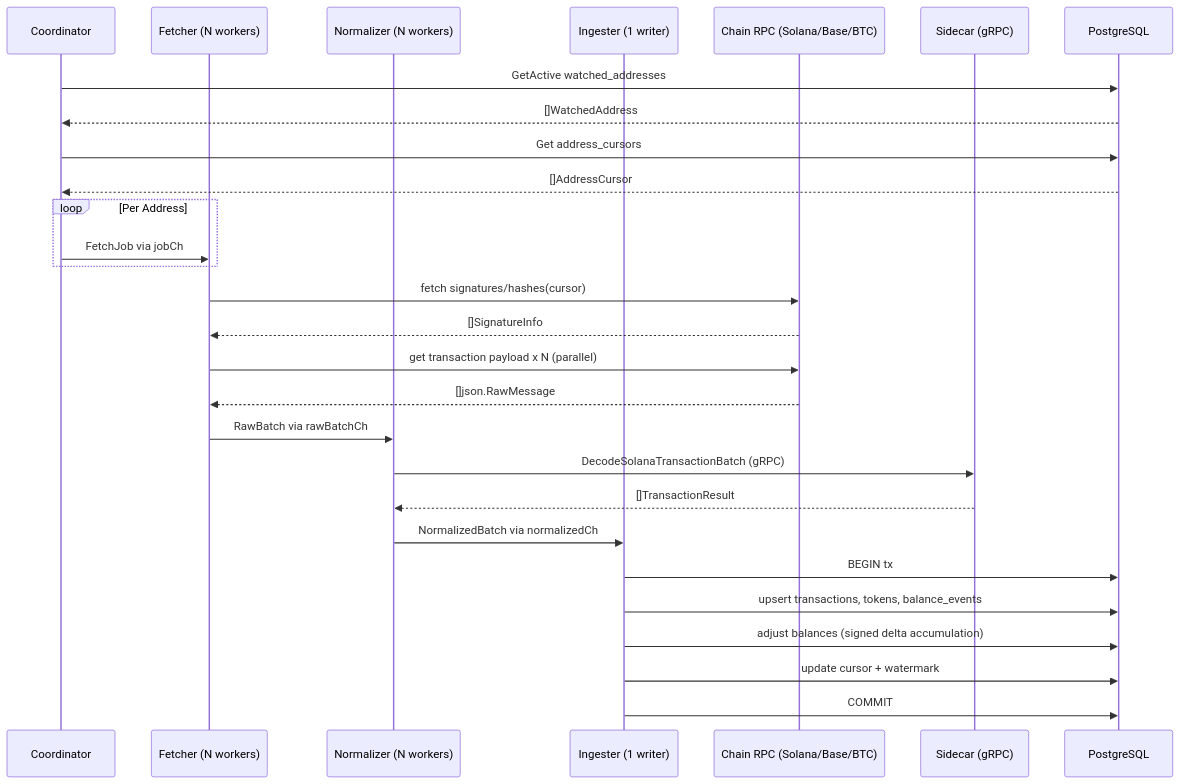
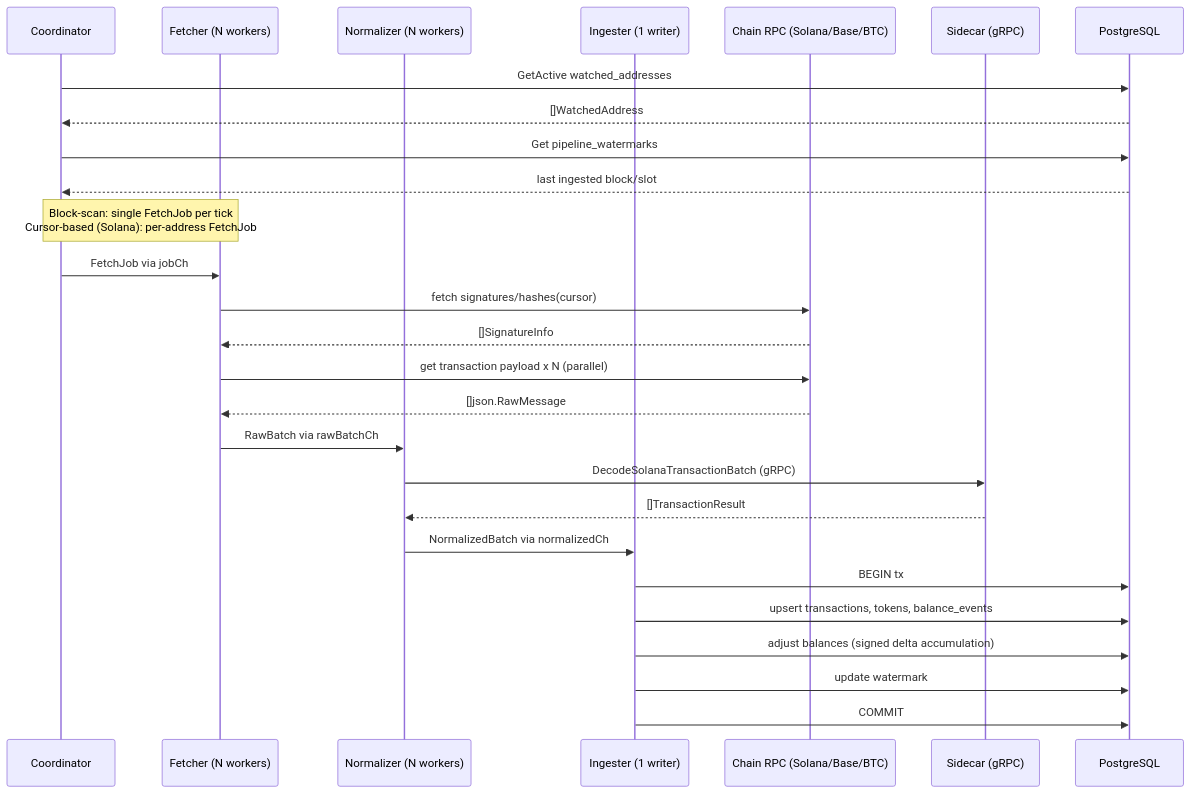
The second of 5 diagrams in README.md (emperorhan/multichain-indexer), drawn with Mermaid before and after one commit. The commit also changed other lines of this file and 4 other files, not shown here.

First line of the commit message:
docs: Redis 제거 + address_cursors 제거 반영 — 문서 5개 최신화

````diff
--- a/README.md
+++ b/README.md
@@ -67,35 +66,34 @@
 ```mermaid
 sequenceDiagram
     participant C as Coordinator
     participant F as Fetcher (N workers)
     participant N as Normalizer (N workers)
     participant I as Ingester (1 writer)
     participant RPC as Chain RPC (Solana/Base/BTC)
     participant SC as Sidecar (gRPC)
     participant DB as PostgreSQL
 
     C->>DB: GetActive watched_addresses
     DB-->>C: []WatchedAddress
-    C->>DB: Get address_cursors
-    DB-->>C: []AddressCursor
+    C->>DB: Get pipeline_watermarks
+    DB-->>C: last ingested block/slot
 
-    loop Per Address
-        C->>F: FetchJob via jobCh
-    end
+    Note over C,F: Block-scan: single FetchJob per tick<br/>Cursor-based (Solana): per-address FetchJob
+    C->>F: FetchJob via jobCh
 
     F->>RPC: fetch signatures/hashes(cursor)
     RPC-->>F: []SignatureInfo
     F->>RPC: get transaction payload x N (parallel)
     RPC-->>F: []json.RawMessage
     F->>N: RawBatch via rawBatchCh
 
     N->>SC: DecodeSolanaTransactionBatch (gRPC)
     SC-->>N: []TransactionResult
     N->>I: NormalizedBatch via normalizedCh
 
     I->>DB: BEGIN tx
     I->>DB: upsert transactions, tokens, balance_events
     I->>DB: adjust balances (signed delta accumulation)
-    I->>DB: update cursor + watermark
+    I->>DB: update watermark
     I->>DB: COMMIT
 ```
````
